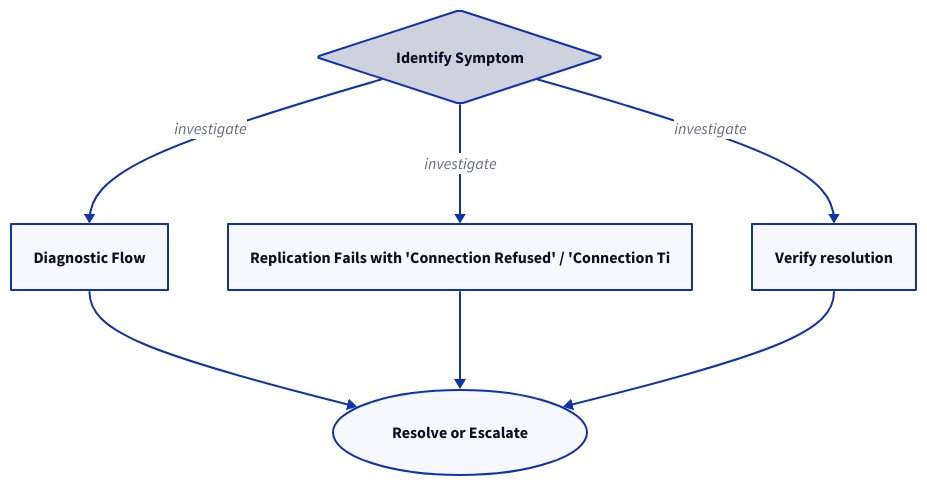
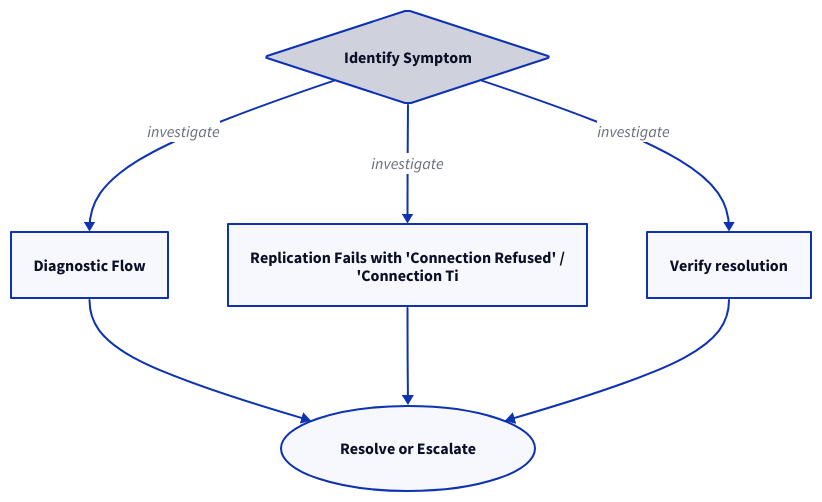
Before and after one commit to canast01/chris-kb: the first of 2 diagrams in docs/virtualization/vmware/vsphere-replication/troubleshooting/common-issues.md, drawn with D2. The commit also changed 192 other files, not shown here.

````diff
--- a/docs/virtualization/vmware/vsphere-replication/troubleshooting/common-issues.md
+++ b/docs/virtualization/vmware/vsphere-replication/troubleshooting/common-issues.md
@@ -22,16 +22,16 @@
 ```d2
 direction: down
 
 symptom: Identify Symptom {shape: diamond}
 diagnostic_flow: "Diagnostic Flow" {shape: rectangle}
-replication_fails_with_connection_re: "Replication Fails with 'Connection Refused' / 'Connection Ti" {shape: rectangle}
+replication_fails_with_connection_re: "Replication Fails with 'Connection Refused' /\n'Connection Ti" {shape: rectangle}
 verify_resolution: "Verify resolution" {shape: rectangle}
 resolution: Resolve or Escalate {shape: oval}
 
 symptom -> diagnostic_flow: investigate
 symptom -> replication_fails_with_connection_re: investigate
 symptom -> verify_resolution: investigate
 diagnostic_flow -> resolution
 replication_fails_with_connection_re -> resolution
 verify_resolution -> resolution
 ```
````
